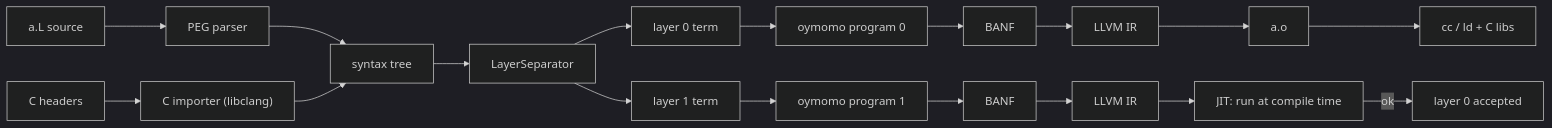
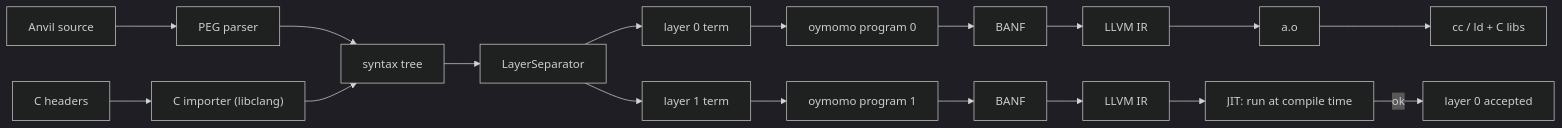
Before and after one commit to tapl-org/tapl: the first of 2 diagrams in oymo/docs/plan_c_interop.md, drawn with Mermaid (dark theme). The commit also changed other lines of this file and 1 other file, not shown here.

Commit message:
docs: name the new language Anvil in documentation

````diff
--- a/oymo/docs/plan_c_interop.md
+++ b/oymo/docs/plan_c_interop.md
@@ -39,11 +39,11 @@
 ```mermaid
 flowchart LR
-  src["a.L source"] --> parse["PEG parser"] --> tree["syntax tree"]
+  src["Anvil source"] --> parse["PEG parser"] --> tree["syntax tree"]
   tree --> sep["LayerSeparator"]
   sep --> l0["layer 0 term"] --> o0["oymomo program 0"]
   sep --> l1["layer 1 term"] --> o1["oymomo program 1"]
   o1 --> b1["BANF"] --> ll1["LLVM IR"] --> jit["JIT: run at compile time"]
   jit -- "ok" --> accept["layer 0 accepted"]
   o0 --> b0["BANF"] --> ll0["LLVM IR"] --> obj["a.o"] --> link["cc / ld + C libs"]
   hdr["C headers"] --> imp["C importer (libclang)"] --> tree
 ```
````
